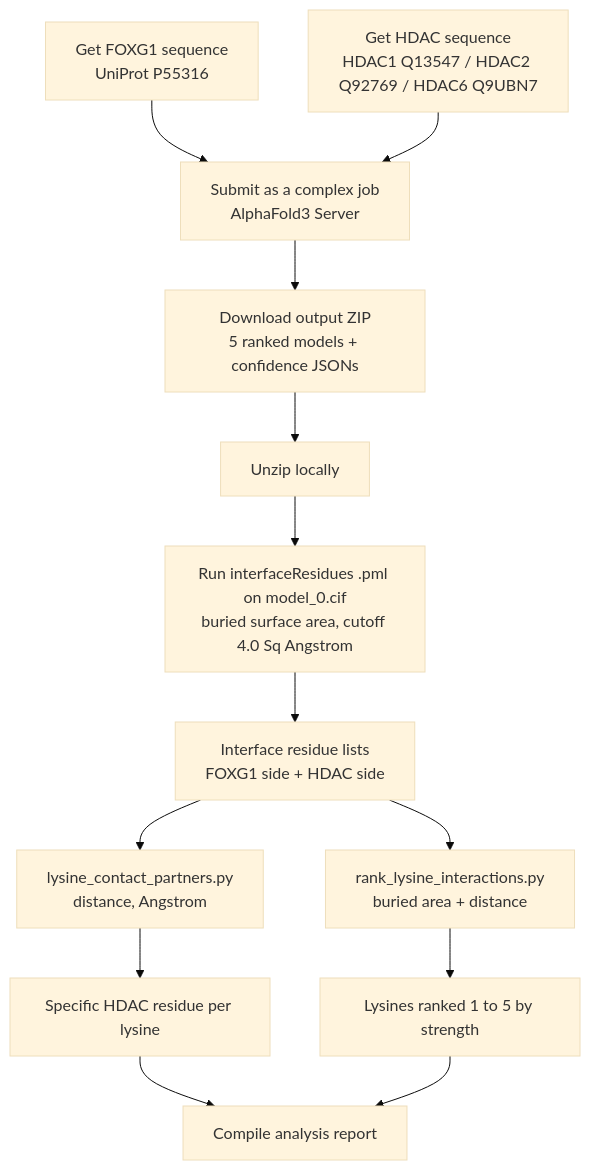
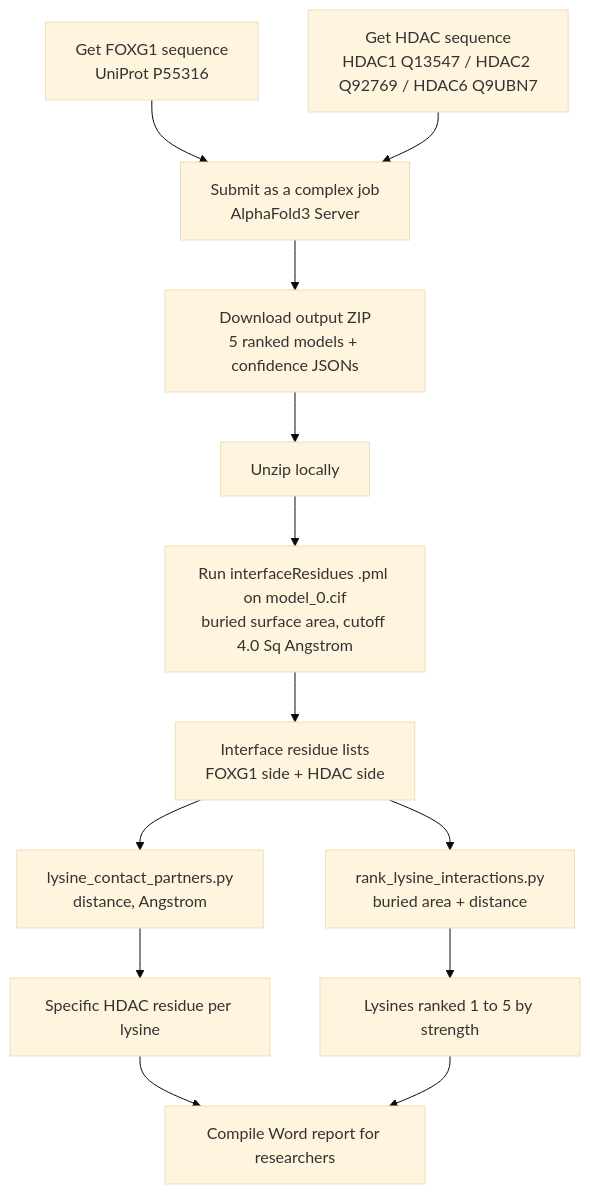
The diagram in README.md (nikhil777shingte/foxg1-protein-interactions-with-alphafold), drawn with Mermaid (base theme) before and after one commit. The commit also changed other lines of this file and 7 other files, not shown here.

````diff
--- a/README.md
+++ b/README.md
@@ -10,15 +10,15 @@
 ```mermaid
 flowchart TD
     A[Get FOXG1 sequence<br/>UniProt P55316] --> C[Submit as a complex job<br/>AlphaFold3 Server]
     B[Get HDAC sequence<br/>HDAC1 Q13547 / HDAC2 Q92769 / HDAC6 Q9UBN7] --> C
     C --> D[Download output ZIP<br/>5 ranked models + confidence JSONs]
     D --> E[Unzip locally]
     E --> F[Run interfaceResidues .pml on model_0.cif<br/>buried surface area, cutoff 4.0 Sq Angstrom]
     F --> G[Interface residue lists<br/>FOXG1 side + HDAC side]
     G --> H[lysine_contact_partners.py<br/>distance, Angstrom]
     G --> I[rank_lysine_interactions.py<br/>buried area + distance]
     H --> J[Specific HDAC residue per lysine]
     I --> K[Lysines ranked 1 to 5 by strength]
-    J --> L[Compile analysis report]
+    J --> L[Compile Word report for researchers]
     K --> L
 ```
````
